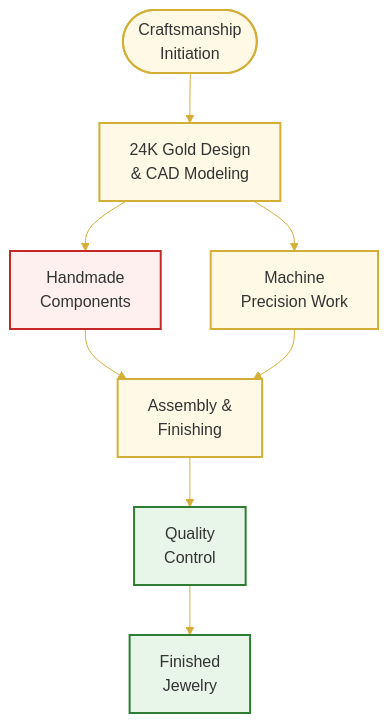
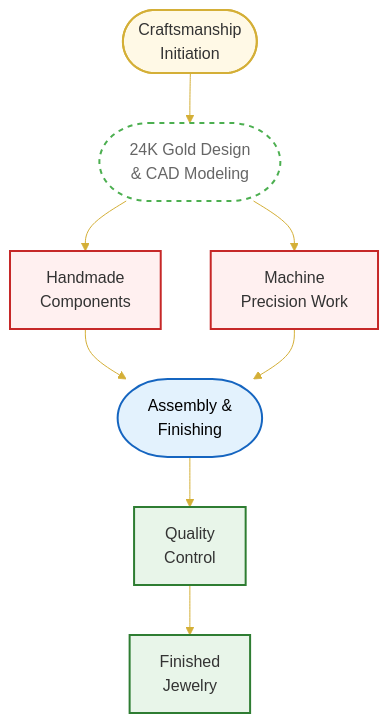
One commit to MVandana27/kalyan-jewellers changed the diagram in docs/about/craftsmanship.md. Above: the diagram before and after it, drawn with Mermaid. The commit also changed other lines of this file and 15 other files, not shown here.

````diff
--- a/docs/about/craftsmanship.md
+++ b/docs/about/craftsmanship.md
@@ -36,28 +36,30 @@
 ```mermaid
 %%{init: {'theme': 'base', 'themeVariables': {
   'primaryColor': '#fff9e6',
   'primaryBorderColor': '#d4af37',
   'lineColor': '#d4af37'
 }}}%%
 flowchart TD
   classDef gold fill:#fff9e6,stroke:#d4af37,stroke-width:2px
-  classDef artisan fill:#fff0f0,stroke:#c62828,stroke-width:2px
+  classDef artisan fill:#fff0f0,stroke:#c62828,stroke-width:2px 
+  classDef milestone fill:#fff,stroke:#4caf50,stroke-width:2px,stroke-dasharray:5,rx:50,ry:50,color:#666
   classDef final fill:#e8f5e9,stroke:#2e7d32,stroke-width:2px
+  classDef blue-theme fill:#e3f2fd,stroke:#1565c0,stroke-width:2px,rx:50,ry:50,color:#000000
 
   Start([Craftsmanship\nInitiation]):::gold
-  Design["24K Gold Design\n& CAD Modeling"]:::gold
+  Design["24K Gold Design\n& CAD Modeling"]:::milestone
   Handmade["Handmade\nComponents"]:::artisan
-  Machine["Machine\nPrecision Work"]:::gold
-  Assembly["Assembly &\nFinishing"]:::gold
+  Machine["Machine\nPrecision Work"]:::artisan
+  Assembly["Assembly &\nFinishing"]:::blue-theme
   QC[Quality\nControl]:::final
   Complete[Finished\nJewelry]:::final
 
   Start --> Design
   Design --> Handmade
   Design --> Machine
   Handmade --> Assembly
   Machine --> Assembly
   Assembly --> QC
   QC --> Complete
 
 ```
````
